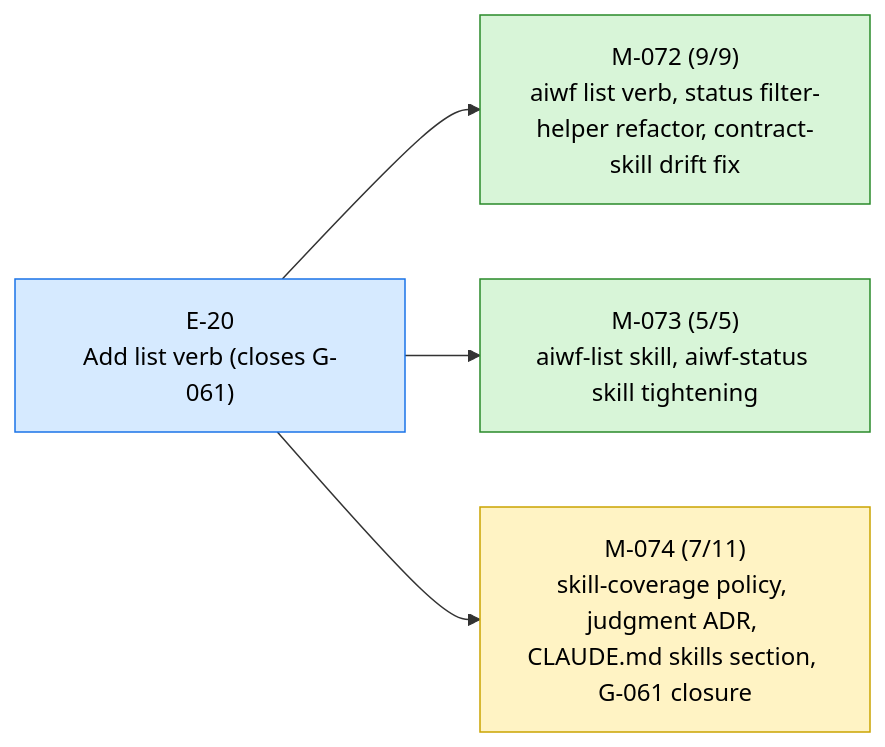
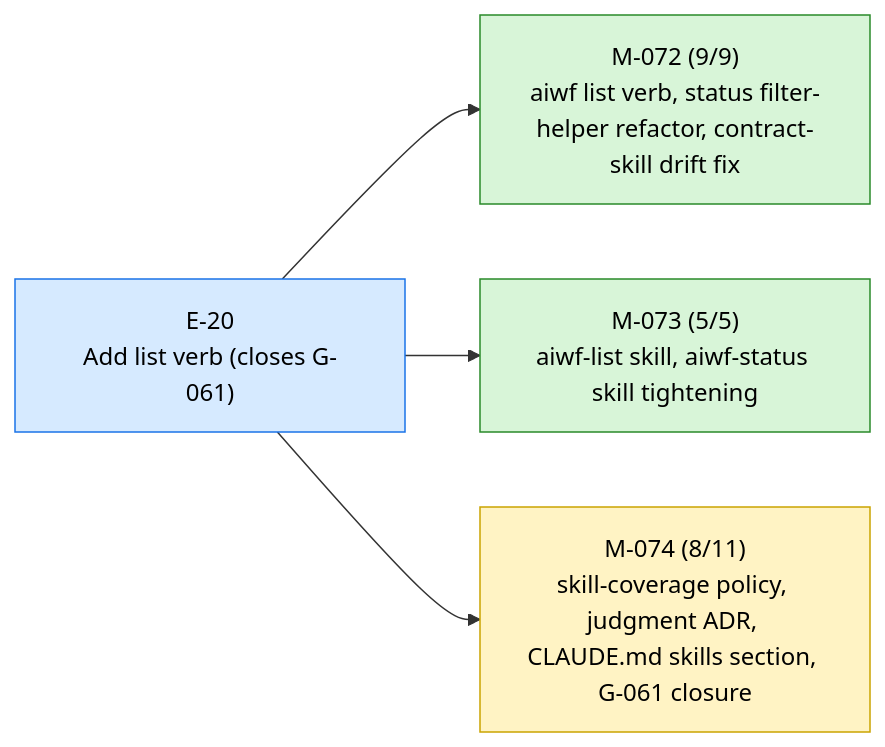
One commit to 23min/aiwf changed the first of 2 diagrams in STATUS.md. Above: the diagram before and after it, drawn with Mermaid. The commit also changed other lines of this file and 1 other file, not shown here.

````diff
--- a/STATUS.md
+++ b/STATUS.md
@@ -13,16 +13,16 @@
 ```mermaid
 flowchart LR
   E_20["E-20<br/>Add list verb (closes G-061)"]:::epic_active
   M_072["M-072 (9/9)<br/>aiwf list verb, status filter-helper refactor, contract-skill drift fix"]:::ms_done
   E_20 --> M_072
   M_073["M-073 (5/5)<br/>aiwf-list skill, aiwf-status skill tightening"]:::ms_done
   E_20 --> M_073
-  M_074["M-074 (7/11)<br/>skill-coverage policy, judgment ADR, CLAUDE.md skills section, G-061 closure"]:::ms_in_progress
+  M_074["M-074 (8/11)<br/>skill-coverage policy, judgment ADR, CLAUDE.md skills section, G-061 closure"]:::ms_in_progress
   E_20 --> M_074
   classDef epic_active fill:#d6eaff,stroke:#1a73e8,color:#000
   classDef epic_proposed fill:#f4f4f4,stroke:#888,color:#000
   classDef ms_done fill:#d8f5d8,stroke:#2a8a2a,color:#000
   classDef ms_in_progress fill:#fff3c4,stroke:#caa400,color:#000
   classDef ms_draft fill:#f4f4f4,stroke:#888,color:#000
   classDef ms_cancelled fill:#fbeaea,stroke:#c33,color:#000
 ```
````
